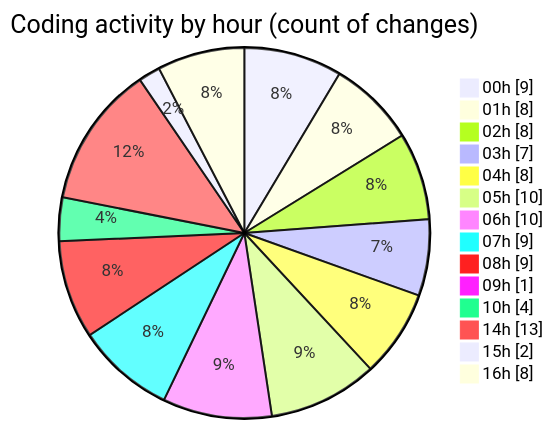
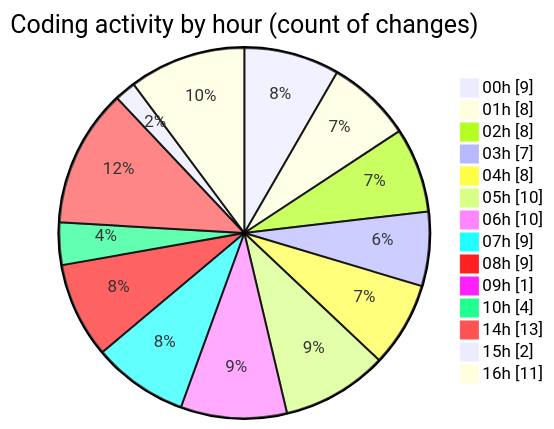
Before and after one commit to jrari/code-tracking: the second of 2 diagrams in 2025-07-14/telebot/README.md, drawn with Mermaid. The commit also changed other lines of this file and 1 other file, not shown here.

````diff
--- a/2025-07-14/telebot/README.md
+++ b/2025-07-14/telebot/README.md
@@ -68,18 +69,18 @@
 ```mermaid
 pie showData
 title Coding activity by hour (count of changes)
 "00h" : 9
 "01h" : 8
 "02h" : 8
 "03h" : 7
 "04h" : 8
 "05h" : 10
 "06h" : 10
 "07h" : 9
 "08h" : 9
 "09h" : 1
 "10h" : 4
 "14h" : 13
 "15h" : 2
-"16h" : 8
+"16h" : 11
 ```
````
